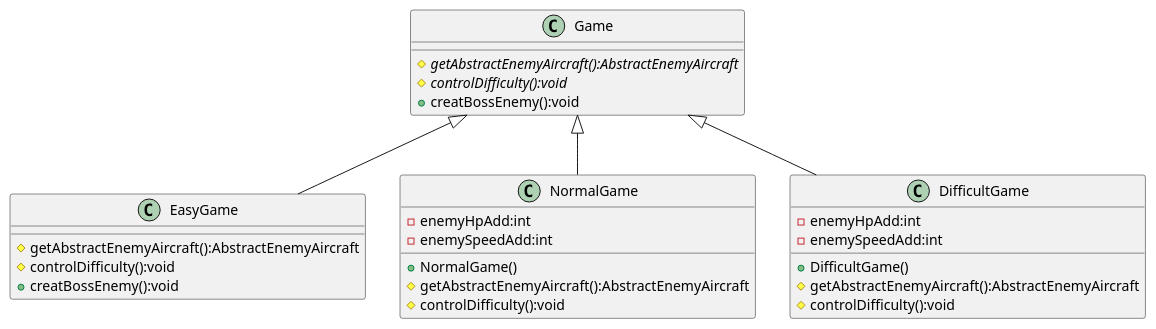
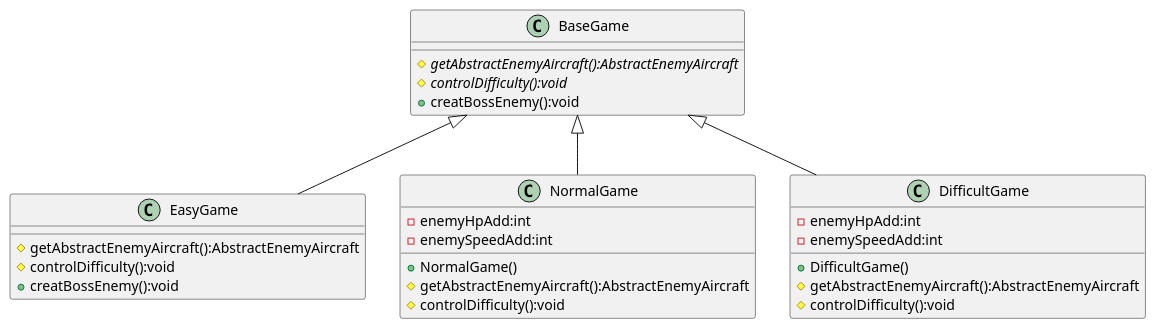
The diagram in uml/exp6-模板模式UML类图.puml (jirange/aircraft-war), drawn with PlantUML before and after one commit. The commit also changed 21 other files, not shown here.

```diff
--- a/uml/exp6-模板模式UML类图.puml
+++ b/uml/exp6-模板模式UML类图.puml
@@ -1,38 +1,38 @@
 @startuml
 'https://plantuml.com/sequence-diagram
 
-class Game {
+class BaseGame {
     # {abstract} getAbstractEnemyAircraft():AbstractEnemyAircraft
     # {abstract} controlDifficulty():void
     + creatBossEnemy():void
 }
 
 
 class EasyGame {
     # getAbstractEnemyAircraft():AbstractEnemyAircraft
     # controlDifficulty():void
     + creatBossEnemy():void
 }
 
 class NormalGame {
     - enemyHpAdd:int
     - enemySpeedAdd:int
     + NormalGame()
     # getAbstractEnemyAircraft():AbstractEnemyAircraft
     # controlDifficulty():void
 }
 
 class DifficultGame {
     - enemyHpAdd:int
     - enemySpeedAdd:int
     + DifficultGame()
     # getAbstractEnemyAircraft():AbstractEnemyAircraft
     # controlDifficulty():void
 }
 
-Game <|-- EasyGame
-Game <|-- NormalGame
-Game <|-- DifficultGame
+BaseGame <|-- EasyGame
+BaseGame <|-- NormalGame
+BaseGame <|-- DifficultGame
 
 
 @enduml
```
